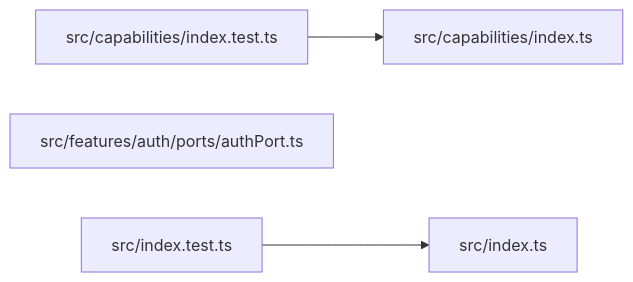
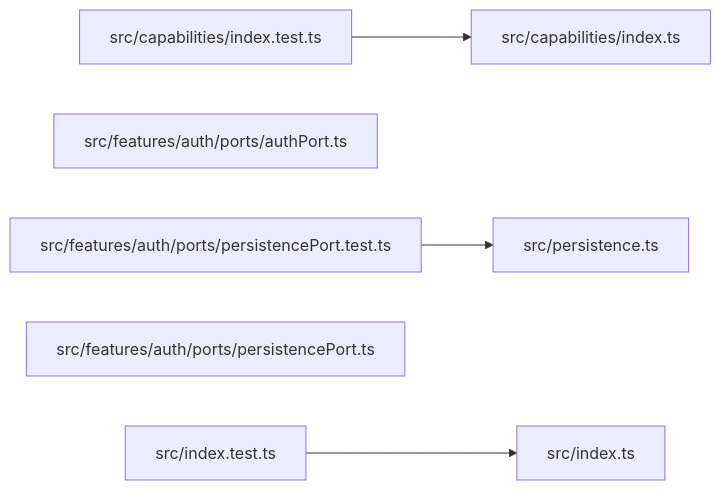
Before and after one commit to ankhorage/auth: the diagram in paradox/diagrams/module-relationships.mmd, drawn with Mermaid. The commit also changed 13 other files, not shown here.

```diff
--- a/paradox/diagrams/module-relationships.mmd
+++ b/paradox/diagrams/module-relationships.mmd
@@ -1,8 +1,12 @@
 graph LR
   module_src_capabilities_index_test_ts["src/capabilities/index.test.ts"]
   module_src_capabilities_index_ts["src/capabilities/index.ts"]
   module_src_features_auth_ports_authPort_ts["src/features/auth/ports/authPort.ts"]
+  module_src_features_auth_ports_persistencePort_test_ts["src/features/auth/ports/persistencePort.test.ts"]
+  module_src_features_auth_ports_persistencePort_ts["src/features/auth/ports/persistencePort.ts"]
   module_src_index_test_ts["src/index.test.ts"]
   module_src_index_ts["src/index.ts"]
+  module_src_persistence_ts["src/persistence.ts"]
   module_src_capabilities_index_test_ts --> module_src_capabilities_index_ts
+  module_src_features_auth_ports_persistencePort_test_ts --> module_src_persistence_ts
   module_src_index_test_ts --> module_src_index_ts
```
